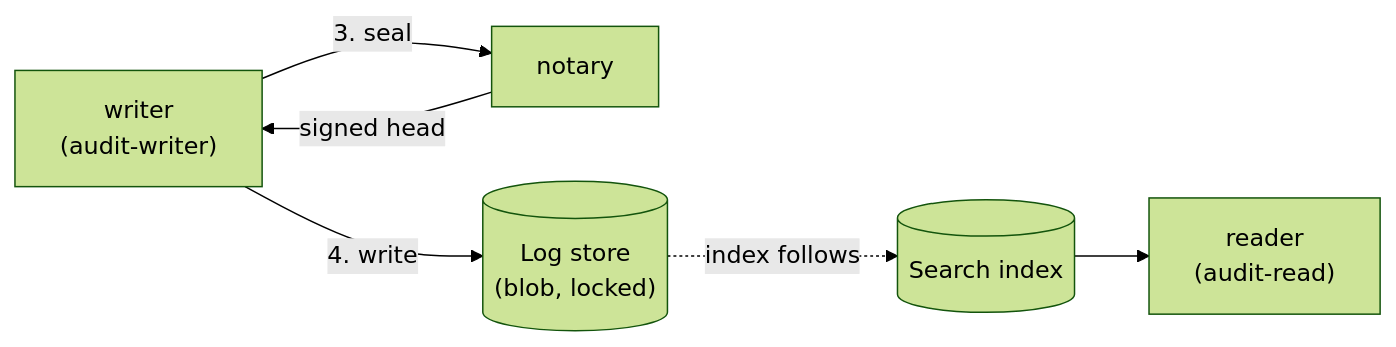
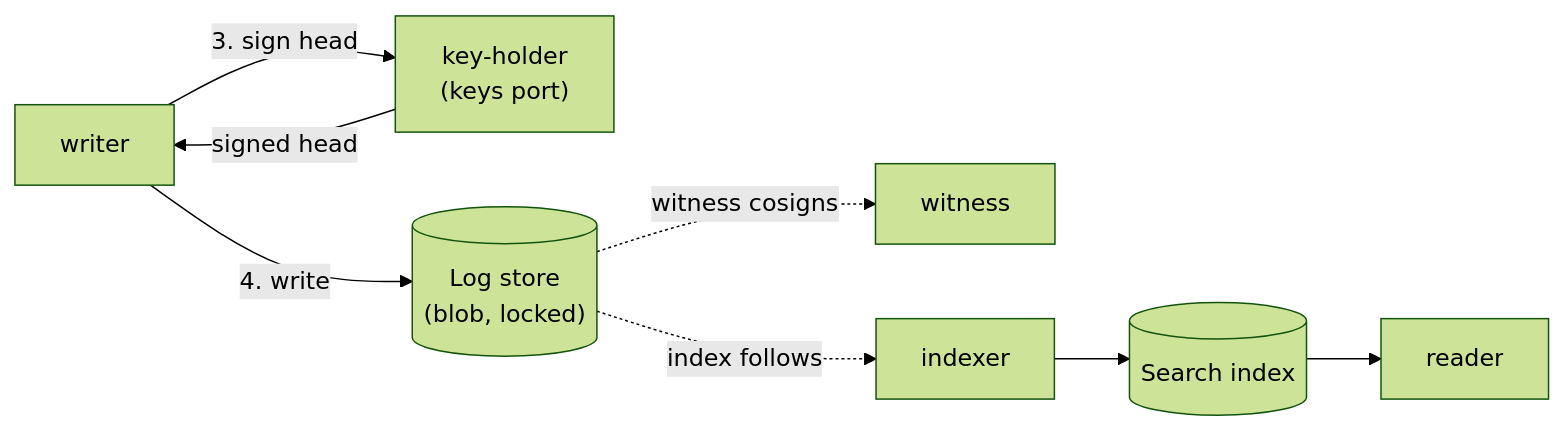
One commit to truvity/sluis changed the second of 2 diagrams in docs/concepts/audit.md. Above: the diagram before and after it, drawn with Mermaid (forest theme). The commit also changed other lines of this file and 56 other files, not shown here.

````diff
--- a/docs/concepts/audit.md
+++ b/docs/concepts/audit.md
@@ -44,8 +46,10 @@
 ```mermaid
 flowchart LR
-  W["writer<br/>(audit-writer)"] -->|"3. seal"| N["notary"]
-  N -->|"signed head"| W
+  W["writer"] -->|"3. sign head"| K["key-holder<br/>(keys port)"]
+  K -->|"signed head"| W
   W -->|"4. write"| B[("Log store<br/>(blob, locked)")]
-  B -.->|"index follows"| I[("Search index")]
-  I --> R["reader<br/>(audit-read)"]
+  B -.->|"witness cosigns"| WI["witness"]
+  B -.->|"index follows"| IX["indexer"]
+  IX --> I[("Search index")]
+  I --> R["reader"]
 ```
````
